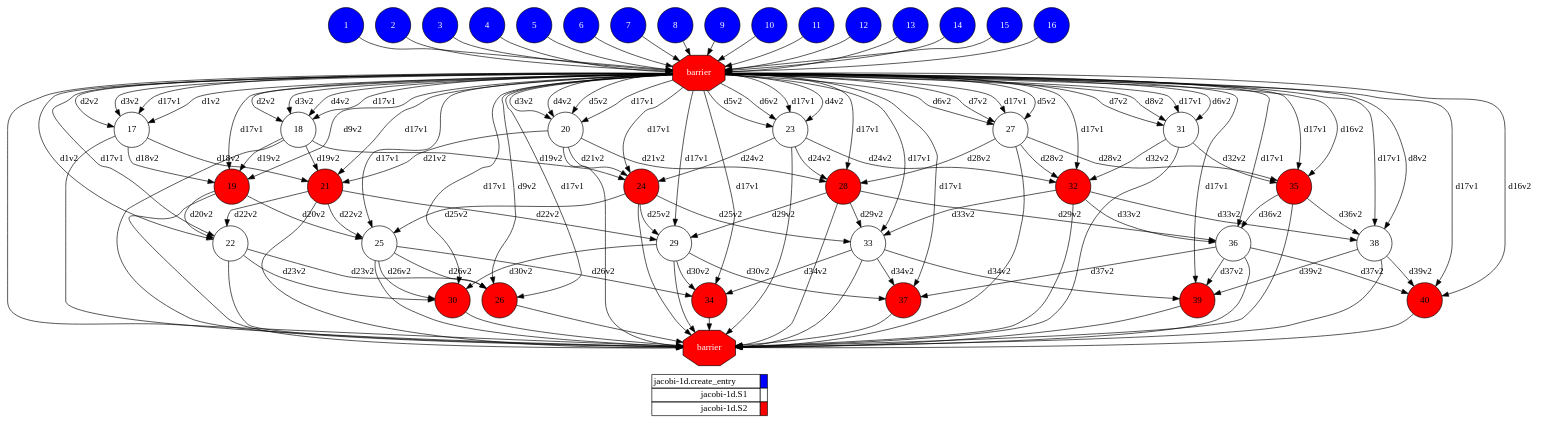
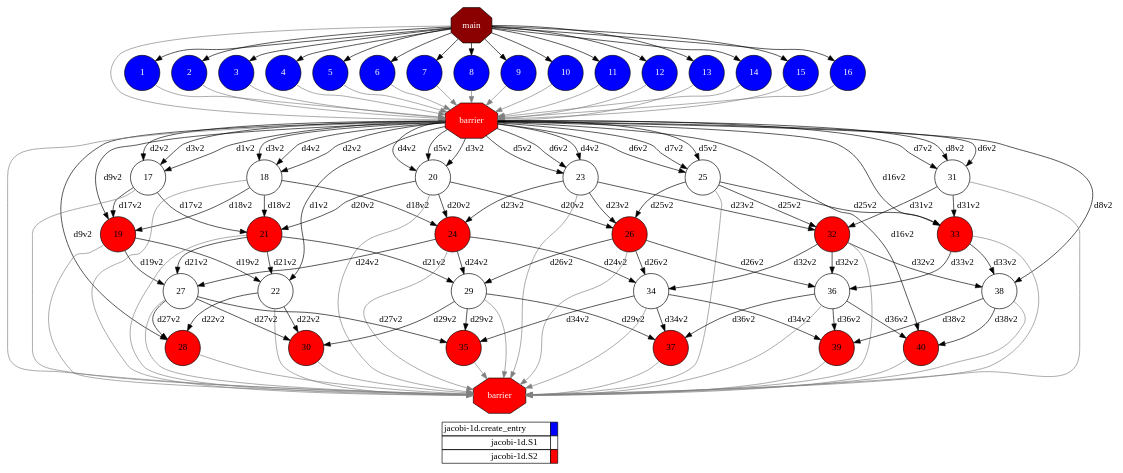
One commit to cristianrcv/pycompss-autoparallel changed the diagram in examples/jacobi-1d/results/local/autoparallel/complete_graph.dot. Above: the diagram before and after it, drawn with Graphviz. The commit also changed 171 other files, not shown here.

```diff
--- a/examples/jacobi-1d/results/local/autoparallel/complete_graph.dot
+++ b/examples/jacobi-1d/results/local/autoparallel/complete_graph.dot
@@ -1,189 +1,184 @@
 digraph {
   rankdir=TB;
   labeljust="l";
+  compound= true;
   subgraph dependence_graph {
     ranksep=0.20;
     node[height=0.75];
 
+Synchro0[label="main", shape=octagon, style=filled fillcolor="#8B0000" fontcolor="#FFFFFF"];
 1[shape=circle, style=filled fillcolor="#0000ff" fontcolor="#ffffff"];
+Synchro0 -> 1;
 2[shape=circle, style=filled fillcolor="#0000ff" fontcolor="#ffffff"];
+Synchro0 -> 2;
 3[shape=circle, style=filled fillcolor="#0000ff" fontcolor="#ffffff"];
+Synchro0 -> 3;
 4[shape=circle, style=filled fillcolor="#0000ff" fontcolor="#ffffff"];
+Synchro0 -> 4;
 5[shape=circle, style=filled fillcolor="#0000ff" fontcolor="#ffffff"];
+Synchro0 -> 5;
 6[shape=circle, style=filled fillcolor="#0000ff" fontcolor="#ffffff"];
+Synchro0 -> 6;
 7[shape=circle, style=filled fillcolor="#0000ff" fontcolor="#ffffff"];
+Synchro0 -> 7;
 8[shape=circle, style=filled fillcolor="#0000ff" fontcolor="#ffffff"];
+Synchro0 -> 8;
 9[shape=circle, style=filled fillcolor="#0000ff" fontcolor="#ffffff"];
+Synchro0 -> 9;
 10[shape=circle, style=filled fillcolor="#0000ff" fontcolor="#ffffff"];
+Synchro0 -> 10;
 11[shape=circle, style=filled fillcolor="#0000ff" fontcolor="#ffffff"];
+Synchro0 -> 11;
 12[shape=circle, style=filled fillcolor="#0000ff" fontcolor="#ffffff"];
+Synchro0 -> 12;
 13[shape=circle, style=filled fillcolor="#0000ff" fontcolor="#ffffff"];
+Synchro0 -> 13;
 14[shape=circle, style=filled fillcolor="#0000ff" fontcolor="#ffffff"];
+Synchro0 -> 14;
 15[shape=circle, style=filled fillcolor="#0000ff" fontcolor="#ffffff"];
+Synchro0 -> 15;
 16[shape=circle, style=filled fillcolor="#0000ff" fontcolor="#ffffff"];
+Synchro0 -> 16;
 Synchro1[label="barrier", shape=octagon, style=filled fillcolor="#ff0000" fontcolor="#FFFFFF"];
-13 -> Synchro1;
-2 -> Synchro1;
-4 -> Synchro1;
-10 -> Synchro1;
-1 -> Synchro1;
-9 -> Synchro1;
-8 -> Synchro1;
-14 -> Synchro1;
-6 -> Synchro1;
-3 -> Synchro1;
-5 -> Synchro1;
-12 -> Synchro1;
-7 -> Synchro1;
-15 -> Synchro1;
-11 -> Synchro1;
-16 -> Synchro1;
+Synchro0 -> Synchro1 [color=grey];
+7 -> Synchro1 [color=grey];
+8 -> Synchro1 [color=grey];
+10 -> Synchro1 [color=grey];
+12 -> Synchro1 [color=grey];
+15 -> Synchro1 [color=grey];
+4 -> Synchro1 [color=grey];
+3 -> Synchro1 [color=grey];
+16 -> Synchro1 [color=grey];
+6 -> Synchro1 [color=grey];
+14 -> Synchro1 [color=grey];
+9 -> Synchro1 [color=grey];
+5 -> Synchro1 [color=grey];
+1 -> Synchro1 [color=grey];
+2 -> Synchro1 [color=grey];
+11 -> Synchro1 [color=grey];
+13 -> Synchro1 [color=grey];
 17[shape=circle, style=filled fillcolor="#ffffff" fontcolor="#000000"];
-Synchro1 -> 17[ label="d17v1" ];
-Synchro1 -> 17[ label="d1v2" ];
-Synchro1 -> 17[ label="d2v2" ];
-Synchro1 -> 17[ label="d3v2" ];
+Synchro1 -> 17 [label="d1v2"];
+Synchro1 -> 17 [label="d2v2"];
+Synchro1 -> 17 [label="d3v2"];
 18[shape=circle, style=filled fillcolor="#ffffff" fontcolor="#000000"];
-Synchro1 -> 18[ label="d17v1" ];
-Synchro1 -> 18[ label="d2v2" ];
-Synchro1 -> 18[ label="d3v2" ];
-Synchro1 -> 18[ label="d4v2" ];
+Synchro1 -> 18 [label="d2v2"];
+Synchro1 -> 18 [label="d3v2"];
+Synchro1 -> 18 [label="d4v2"];
 19[shape=circle, style=filled fillcolor="#ff0000" fontcolor="#000000"];
-Synchro1 -> 19[ label="d17v1" ];
-Synchro1 -> 19[ label="d9v2" ];
-17 -> 19[ label="d18v2" ];
-18 -> 19[ label="d19v2" ];
+Synchro1 -> 19 [label="d9v2"];
+17 -> 19 [label="d17v2"];
+18 -> 19 [label="d18v2"];
 20[shape=circle, style=filled fillcolor="#ffffff" fontcolor="#000000"];
-Synchro1 -> 20[ label="d17v1" ];
-Synchro1 -> 20[ label="d3v2" ];
-Synchro1 -> 20[ label="d4v2" ];
-Synchro1 -> 20[ label="d5v2" ];
+Synchro1 -> 20 [label="d3v2"];
+Synchro1 -> 20 [label="d4v2"];
+Synchro1 -> 20 [label="d5v2"];
 21[shape=circle, style=filled fillcolor="#ff0000" fontcolor="#000000"];
-Synchro1 -> 21[ label="d17v1" ];
-17 -> 21[ label="d18v2" ];
-18 -> 21[ label="d19v2" ];
-20 -> 21[ label="d21v2" ];
+17 -> 21 [label="d17v2"];
+18 -> 21 [label="d18v2"];
+20 -> 21 [label="d20v2"];
 22[shape=circle, style=filled fillcolor="#ffffff" fontcolor="#000000"];
-Synchro1 -> 22[ label="d17v1" ];
-Synchro1 -> 22[ label="d1v2" ];
-19 -> 22[ label="d20v2" ];
-21 -> 22[ label="d22v2" ];
+Synchro1 -> 22 [label="d1v2"];
+19 -> 22 [label="d19v2"];
+21 -> 22 [label="d21v2"];
 23[shape=circle, style=filled fillcolor="#ffffff" fontcolor="#000000"];
-Synchro1 -> 23[ label="d17v1" ];
-Synchro1 -> 23[ label="d4v2" ];
-Synchro1 -> 23[ label="d5v2" ];
-Synchro1 -> 23[ label="d6v2" ];
+Synchro1 -> 23 [label="d4v2"];
+Synchro1 -> 23 [label="d5v2"];
+Synchro1 -> 23 [label="d6v2"];
 24[shape=circle, style=filled fillcolor="#ff0000" fontcolor="#000000"];
-Synchro1 -> 24[ label="d17v1" ];
-18 -> 24[ label="d19v2" ];
-20 -> 24[ label="d21v2" ];
-23 -> 24[ label="d24v2" ];
+18 -> 24 [label="d18v2"];
+20 -> 24 [label="d20v2"];
+23 -> 24 [label="d23v2"];
 25[shape=circle, style=filled fillcolor="#ffffff" fontcolor="#000000"];
-Synchro1 -> 25[ label="d17v1" ];
-19 -> 25[ label="d20v2" ];
-21 -> 25[ label="d22v2" ];
-24 -> 25[ label="d25v2" ];
+Synchro1 -> 25 [label="d5v2"];
+Synchro1 -> 25 [label="d6v2"];
+Synchro1 -> 25 [label="d7v2"];
 26[shape=circle, style=filled fillcolor="#ff0000" fontcolor="#000000"];
-Synchro1 -> 26[ label="d17v1" ];
-Synchro1 -> 26[ label="d9v2" ];
-22 -> 26[ label="d23v2" ];
-25 -> 26[ label="d26v2" ];
+20 -> 26 [label="d20v2"];
+23 -> 26 [label="d23v2"];
+25 -> 26 [label="d25v2"];
 27[shape=circle, style=filled fillcolor="#ffffff" fontcolor="#000000"];
-Synchro1 -> 27[ label="d17v1" ];
-Synchro1 -> 27[ label="d5v2" ];
-Synchro1 -> 27[ label="d6v2" ];
-Synchro1 -> 27[ label="d7v2" ];
+19 -> 27 [label="d19v2"];
+21 -> 27 [label="d21v2"];
+24 -> 27 [label="d24v2"];
 28[shape=circle, style=filled fillcolor="#ff0000" fontcolor="#000000"];
-Synchro1 -> 28[ label="d17v1" ];
-20 -> 28[ label="d21v2" ];
-23 -> 28[ label="d24v2" ];
-27 -> 28[ label="d28v2" ];
+Synchro1 -> 28 [label="d9v2"];
+22 -> 28 [label="d22v2"];
+27 -> 28 [label="d27v2"];
 29[shape=circle, style=filled fillcolor="#ffffff" fontcolor="#000000"];
-Synchro1 -> 29[ label="d17v1" ];
-21 -> 29[ label="d22v2" ];
-24 -> 29[ label="d25v2" ];
-28 -> 29[ label="d29v2" ];
+21 -> 29 [label="d21v2"];
+24 -> 29 [label="d24v2"];
+26 -> 29 [label="d26v2"];
 30[shape=circle, style=filled fillcolor="#ff0000" fontcolor="#000000"];
-Synchro1 -> 30[ label="d17v1" ];
-22 -> 30[ label="d23v2" ];
-25 -> 30[ label="d26v2" ];
-29 -> 30[ label="d30v2" ];
+22 -> 30 [label="d22v2"];
+27 -> 30 [label="d27v2"];
+29 -> 30 [label="d29v2"];
 31[shape=circle, style=filled fillcolor="#ffffff" fontcolor="#000000"];
-Synchro1 -> 31[ label="d17v1" ];
-Synchro1 -> 31[ label="d6v2" ];
-Synchro1 -> 31[ label="d7v2" ];
-Synchro1 -> 31[ label="d8v2" ];
+Synchro1 -> 31 [label="d6v2"];
+Synchro1 -> 31 [label="d7v2"];
+Synchro1 -> 31 [label="d8v2"];
 32[shape=circle, style=filled fillcolor="#ff0000" fontcolor="#000000"];
-Synchro1 -> 32[ label="d17v1" ];
-23 -> 32[ label="d24v2" ];
-27 -> 32[ label="d28v2" ];
-31 -> 32[ label="d32v2" ];
-33[shape=circle, style=filled fillcolor="#ffffff" fontcolor="#000000"];
-Synchro1 -> 33[ label="d17v1" ];
-24 -> 33[ label="d25v2" ];
-28 -> 33[ label="d29v2" ];
-32 -> 33[ label="d33v2" ];
-34[shape=circle, style=filled fillcolor="#ff0000" fontcolor="#000000"];
-Synchro1 -> 34[ label="d17v1" ];
-25 -> 34[ label="d26v2" ];
-29 -> 34[ label="d30v2" ];
-33 -> 34[ label="d34v2" ];
+23 -> 32 [label="d23v2"];
+25 -> 32 [label="d25v2"];
+31 -> 32 [label="d31v2"];
+33[shape=circle, style=filled fillcolor="#ff0000" fontcolor="#000000"];
+25 -> 33 [label="d25v2"];
+31 -> 33 [label="d31v2"];
+Synchro1 -> 33 [label="d16v2"];
+34[shape=circle, style=filled fillcolor="#ffffff" fontcolor="#000000"];
+24 -> 34 [label="d24v2"];
+26 -> 34 [label="d26v2"];
+32 -> 34 [label="d32v2"];
 35[shape=circle, style=filled fillcolor="#ff0000" fontcolor="#000000"];
-Synchro1 -> 35[ label="d17v1" ];
-27 -> 35[ label="d28v2" ];
-31 -> 35[ label="d32v2" ];
-Synchro1 -> 35[ label="d16v2" ];
+27 -> 35 [label="d27v2"];
+29 -> 35 [label="d29v2"];
+34 -> 35 [label="d34v2"];
 36[shape=circle, style=filled fillcolor="#ffffff" fontcolor="#000000"];
-Synchro1 -> 36[ label="d17v1" ];
-28 -> 36[ label="d29v2" ];
-32 -> 36[ label="d33v2" ];
-35 -> 36[ label="d36v2" ];
+26 -> 36 [label="d26v2"];
+32 -> 36 [label="d32v2"];
+33 -> 36 [label="d33v2"];
 37[shape=circle, style=filled fillcolor="#ff0000" fontcolor="#000000"];
-Synchro1 -> 37[ label="d17v1" ];
-29 -> 37[ label="d30v2" ];
-33 -> 37[ label="d34v2" ];
-36 -> 37[ label="d37v2" ];
+29 -> 37 [label="d29v2"];
+34 -> 37 [label="d34v2"];
+36 -> 37 [label="d36v2"];
 38[shape=circle, style=filled fillcolor="#ffffff" fontcolor="#000000"];
-Synchro1 -> 38[ label="d17v1" ];
-32 -> 38[ label="d33v2" ];
-35 -> 38[ label="d36v2" ];
-Synchro1 -> 38[ label="d8v2" ];
+32 -> 38 [label="d32v2"];
+33 -> 38 [label="d33v2"];
+Synchro1 -> 38 [label="d8v2"];
 39[shape=circle, style=filled fillcolor="#ff0000" fontcolor="#000000"];
-Synchro1 -> 39[ label="d17v1" ];
-33 -> 39[ label="d34v2" ];
-36 -> 39[ label="d37v2" ];
-38 -> 39[ label="d39v2" ];
+34 -> 39 [label="d34v2"];
+36 -> 39 [label="d36v2"];
+38 -> 39 [label="d38v2"];
 40[shape=circle, style=filled fillcolor="#ff0000" fontcolor="#000000"];
-Synchro1 -> 40[ label="d17v1" ];
-36 -> 40[ label="d37v2" ];
-38 -> 40[ label="d39v2" ];
-Synchro1 -> 40[ label="d16v2" ];
+36 -> 40 [label="d36v2"];
+38 -> 40 [label="d38v2"];
+Synchro1 -> 40 [label="d16v2"];
 Synchro2[label="barrier", shape=octagon, style=filled fillcolor="#ff0000" fontcolor="#FFFFFF"];
-Synchro1 -> Synchro2;
-17 -> Synchro2;
-18 -> Synchro2;
-21 -> Synchro2;
-22 -> Synchro2;
-34 -> Synchro2;
-19 -> Synchro2;
-32 -> Synchro2;
-37 -> Synchro2;
-23 -> Synchro2;
-38 -> Synchro2;
-20 -> Synchro2;
-33 -> Synchro2;
-29 -> Synchro2;
-28 -> Synchro2;
-27 -> Synchro2;
-30 -> Synchro2;
-25 -> Synchro2;
-26 -> Synchro2;
-35 -> Synchro2;
-24 -> Synchro2;
-36 -> Synchro2;
-40 -> Synchro2;
-31 -> Synchro2;
-39 -> Synchro2;  }
+Synchro1 -> Synchro2 [color=grey];
+23 -> Synchro2 [color=grey];
+29 -> Synchro2 [color=grey];
+30 -> Synchro2 [color=grey];
+26 -> Synchro2 [color=grey];
+24 -> Synchro2 [color=grey];
+21 -> Synchro2 [color=grey];
+39 -> Synchro2 [color=grey];
+27 -> Synchro2 [color=grey];
+19 -> Synchro2 [color=grey];
+34 -> Synchro2 [color=grey];
+17 -> Synchro2 [color=grey];
+40 -> Synchro2 [color=grey];
+31 -> Synchro2 [color=grey];
+36 -> Synchro2 [color=grey];
+35 -> Synchro2 [color=grey];
+28 -> Synchro2 [color=grey];
+22 -> Synchro2 [color=grey];
+18 -> Synchro2 [color=grey];
+32 -> Synchro2 [color=grey];
+33 -> Synchro2 [color=grey];
+20 -> Synchro2 [color=grey];
+37 -> Synchro2 [color=grey];
+25 -> Synchro2 [color=grey];
+38 -> Synchro2 [color=grey];  }
   subgraph legend {
     rank=sink;
     node [shape=plaintext, height=0.75];
```
